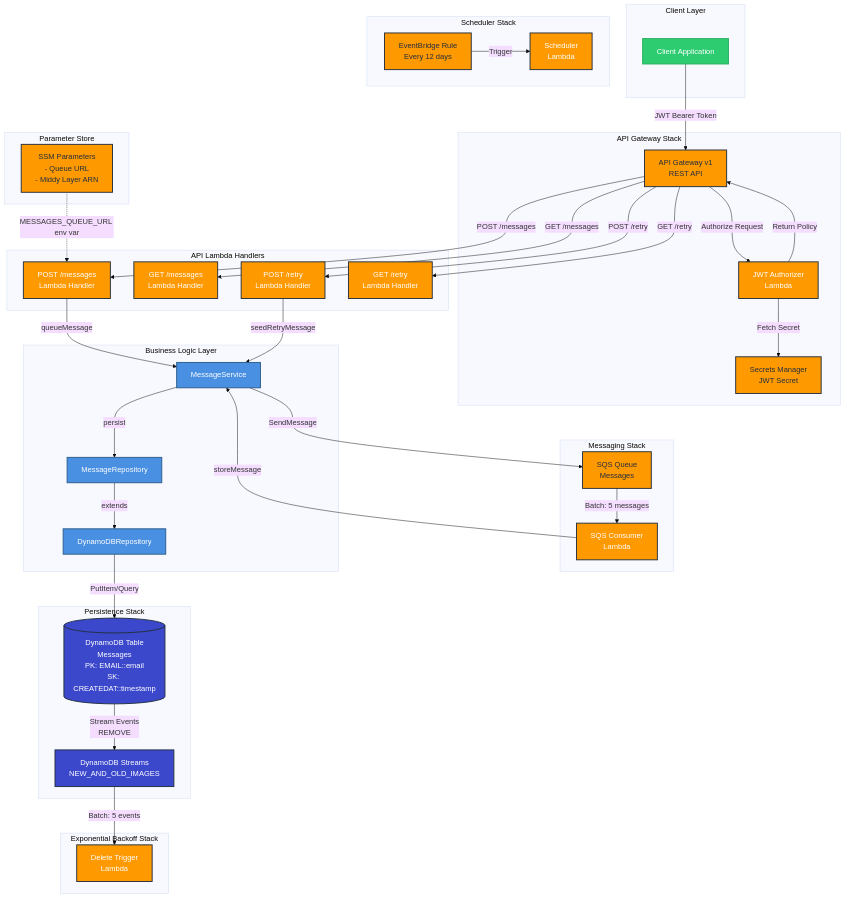
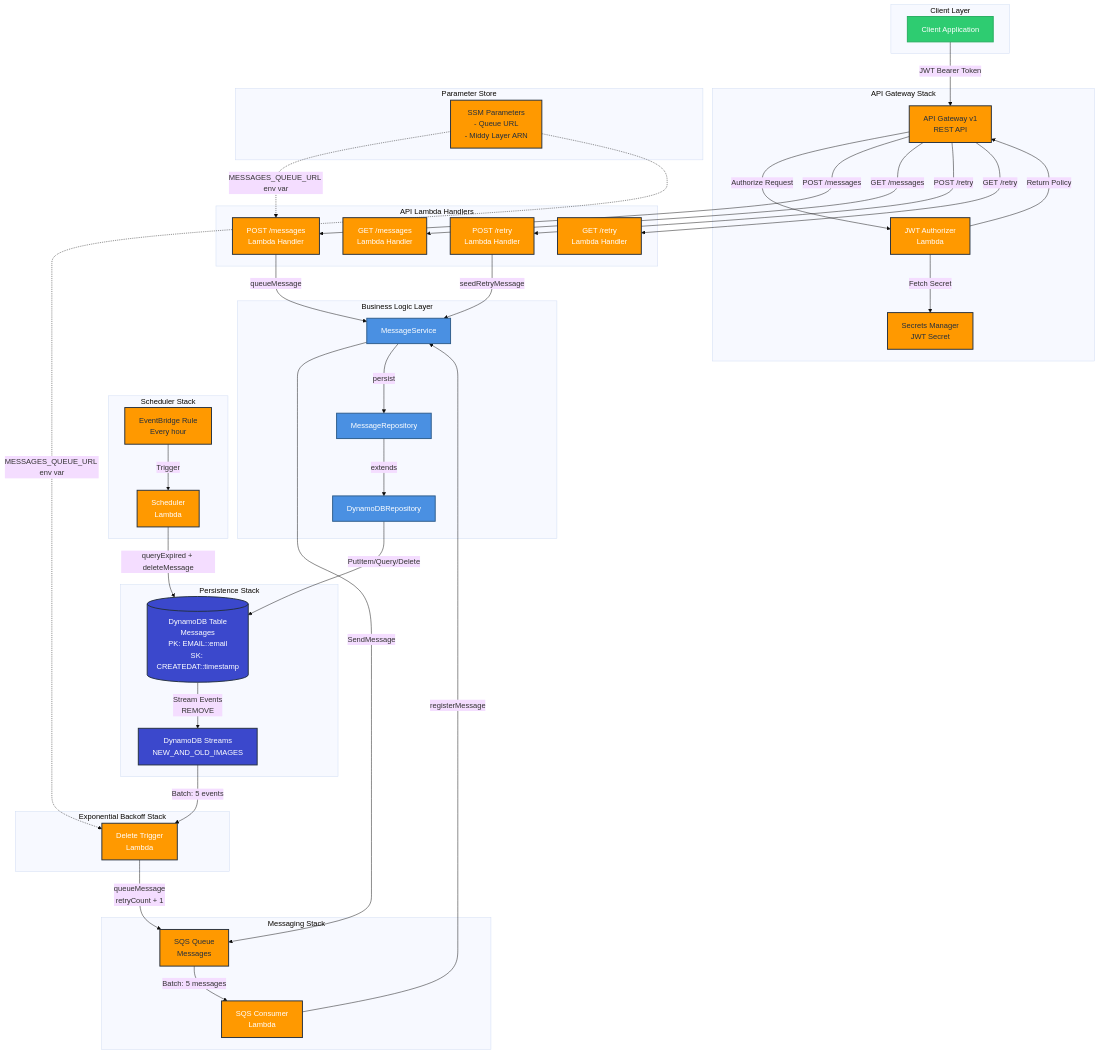
The first of 4 diagrams in docs/ARCHITECTURE.md (rawlinja/serverless-message-retry-cdk), drawn with Mermaid (base theme) before and after one commit. The commit also changed other lines of this file, not shown here.

Commit message:
docs(architecture): align schedule, lookback window, and method names with code

```diff
--- a/docs/ARCHITECTURE.md
+++ b/docs/ARCHITECTURE.md
@@ -32,7 +32,7 @@
     end
 
     subgraph "Scheduler Stack"
-        EB[EventBridge Rule<br/>Every 12 days]
+        EB[EventBridge Rule<br/>Every hour]
         Scheduler[Scheduler<br/>Lambda]
     end
 
@@ -75,22 +75,27 @@
     SQS -->|Batch: 5 messages| SQSConsumer
 
     %% Consumer Lambda to MessageService
-    SQSConsumer -->|storeMessage| MS
+    SQSConsumer -->|registerMessage| MS
 
     %% MessageService to Repository
     MS -->|persist| MR
     MR -->|extends| DR
-    DR -->|PutItem/Query| DDB
+    DR -->|PutItem/Query/Delete| DDB
 
     %% DynamoDB Streams
     DDB -->|Stream Events<br/>REMOVE| Stream
     Stream -->|Batch: 5 events| DeleteTrigger
 
+    %% Delete Trigger re-queues eligible messages
+    DeleteTrigger -->|queueMessage<br/>retryCount + 1| SQS
+
     %% EventBridge Scheduler
     EB -->|Trigger| Scheduler
+    Scheduler -->|queryExpired + deleteMessage| DDB
 
     %% SSM Parameter Store (CDK deploy-time only — values injected as env vars)
     SSM -.->|MESSAGES_QUEUE_URL env var| PostMsg
+    SSM -.->|MESSAGES_QUEUE_URL env var| DeleteTrigger
 
     %% Styling
     classDef aws fill:#FF9900,stroke:#232F3E,stroke-width:2px,color:#232F3E
```
